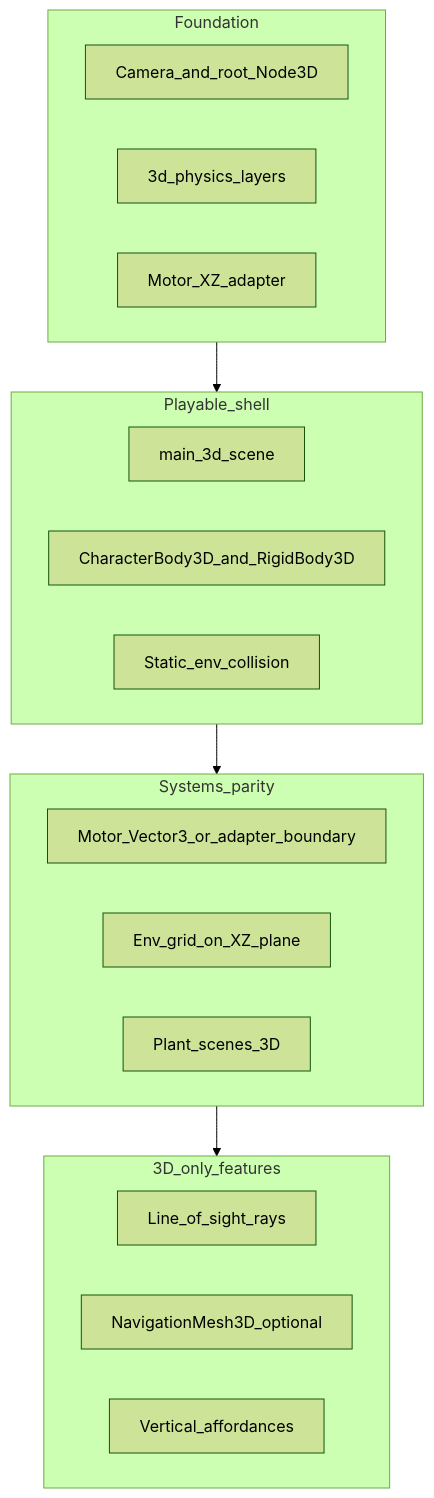
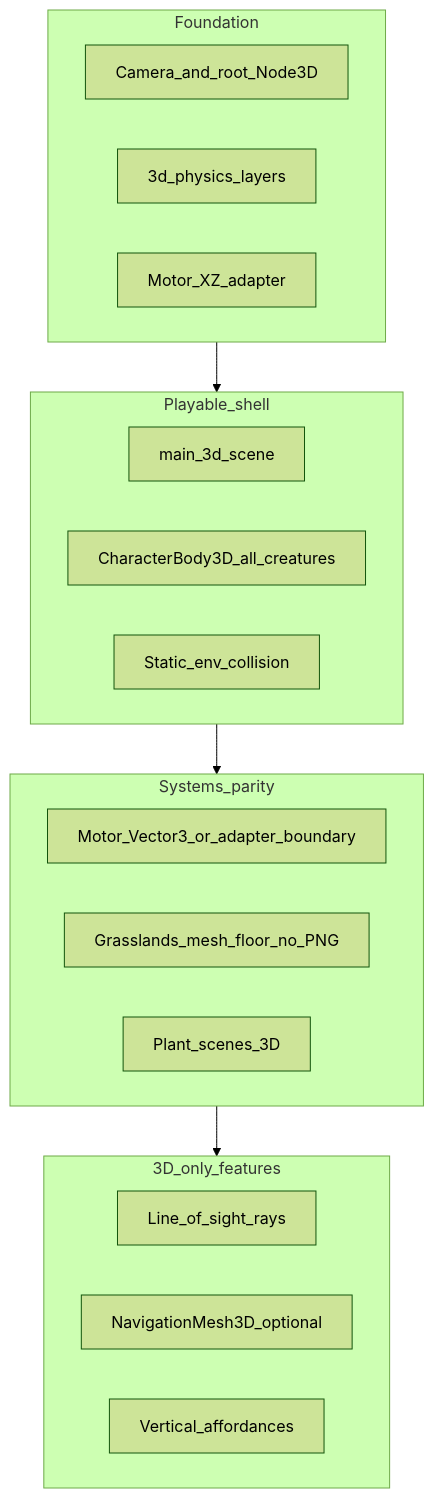
The diagram in Project_Docs/Draft_Features/CONVERT_TO_3D.md (sellmeyoursoul/hunter-killer), drawn with Mermaid (forest theme) before and after one commit. The commit also changed other lines of this file and 38 other files, not shown here.

````diff
--- a/Project_Docs/Draft_Features/CONVERT_TO_3D.md
+++ b/Project_Docs/Draft_Features/CONVERT_TO_3D.md
@@ -62,24 +62,24 @@
 ```mermaid
 flowchart TB
   subgraph phase0 [Foundation]
     Cam[Camera_and_root_Node3D]
     Layers[3d_physics_layers]
     Adapter[Motor_XZ_adapter]
   end
   subgraph phase1 [Playable_shell]
     Main3D[main_3d_scene]
-    Bodies[CharacterBody3D_and_RigidBody3D]
+    Bodies[CharacterBody3D_all_creatures]
     Env3D[Static_env_collision]
   end
   subgraph phase2 [Systems_parity]
     MotorRefactor[Motor_Vector3_or_adapter_boundary]
-    EnvBake[Env_grid_on_XZ_plane]
+    GrasslandsMesh[Grasslands_mesh_floor_no_PNG]
     Plants3D[Plant_scenes_3D]
   end
   subgraph phase3 [3D_only_features]
     LoS[Line_of_sight_rays]
     Nav[NavigationMesh3D_optional]
     Vert[Vertical_affordances]
   end
   phase0 --> phase1 --> phase2 --> phase3
 ```
````
